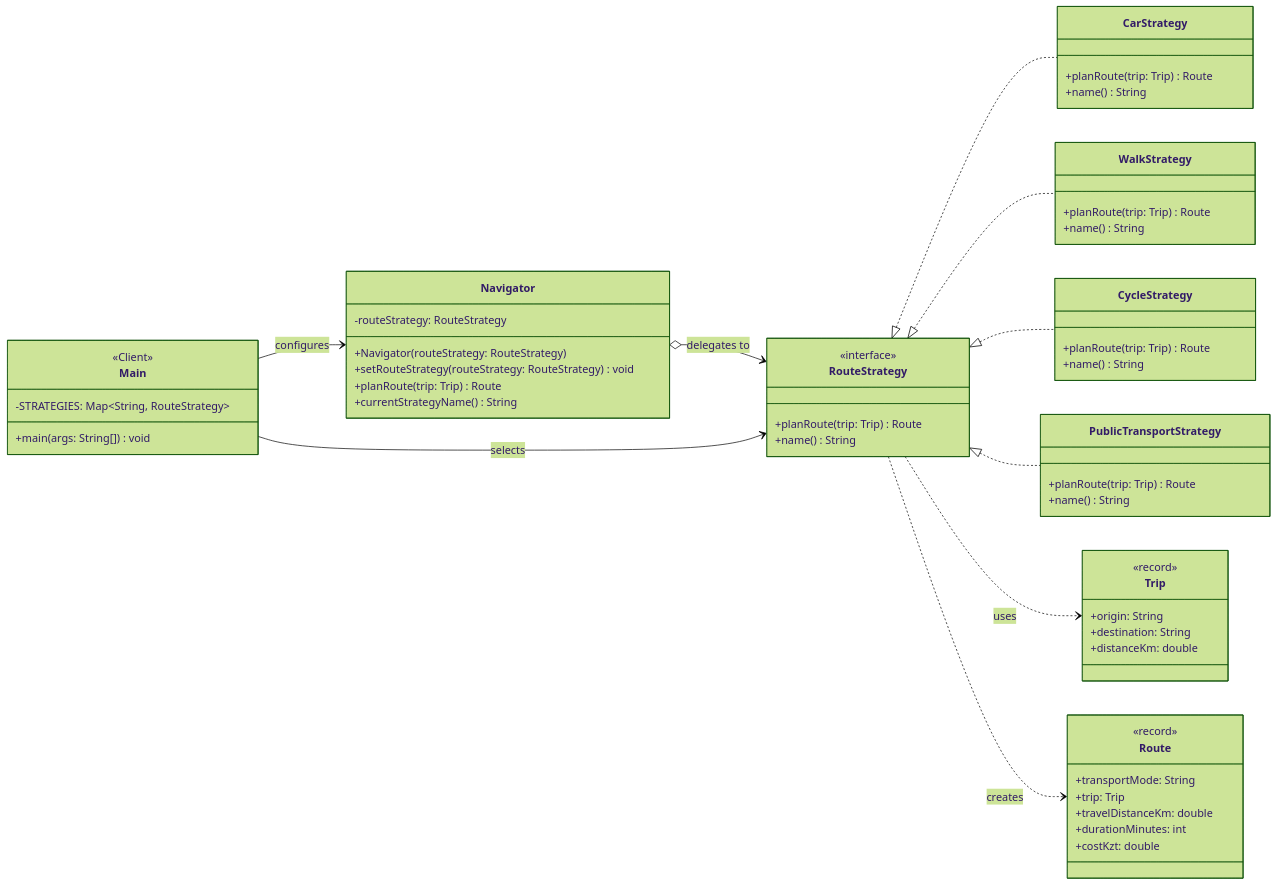
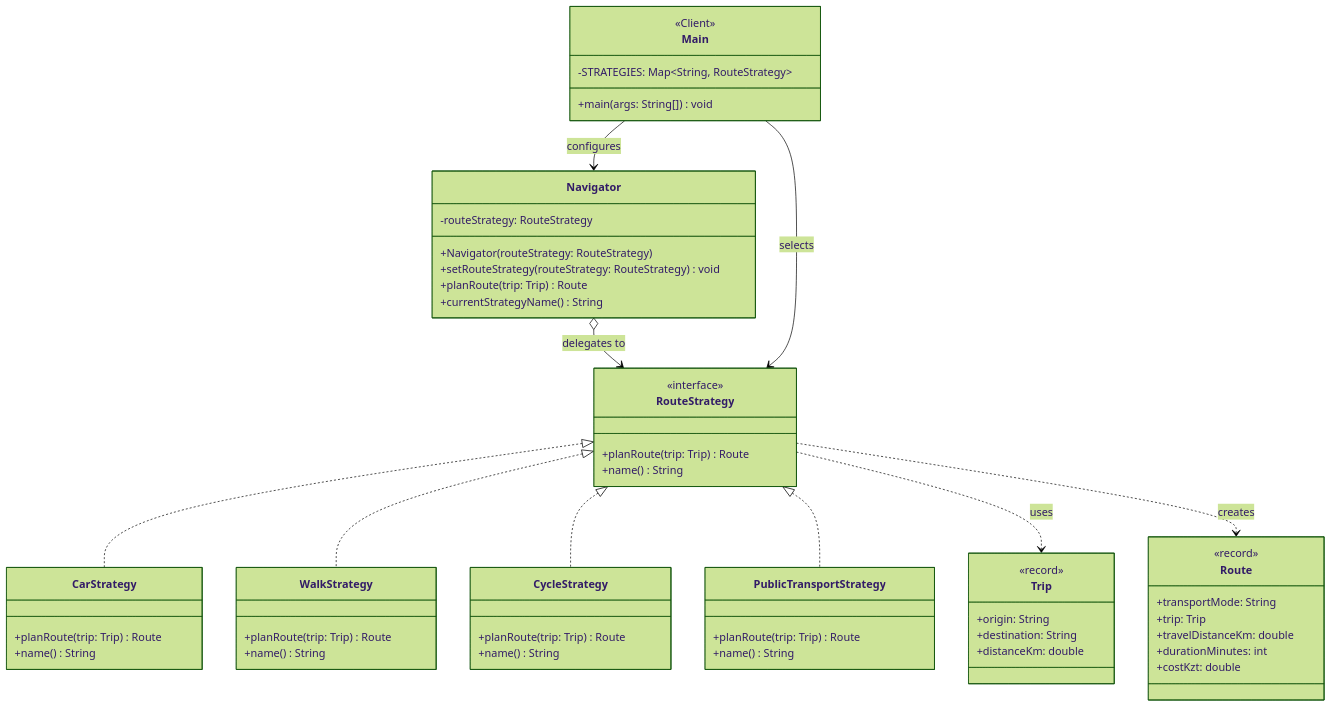
One commit to mrmbk-wq/Strategy-Pattern changed the diagram in REPORT.md. Above: the diagram before and after it, drawn with Mermaid (forest theme). The commit also changed other lines of this file and 1 other file, not shown here.

````diff
--- a/REPORT.md
+++ b/REPORT.md
@@ -32,66 +32,66 @@
 ```mermaid
 classDiagram
-    direction LR
+    direction TB
 
     class RouteStrategy {
         <<interface>>
         +planRoute(trip: Trip) Route
         +name() String
     }
 
     class CarStrategy {
         +planRoute(trip: Trip) Route
         +name() String
     }
     class WalkStrategy {
         +planRoute(trip: Trip) Route
         +name() String
     }
     class CycleStrategy {
         +planRoute(trip: Trip) Route
         +name() String
     }
     class PublicTransportStrategy {
         +planRoute(trip: Trip) Route
         +name() String
     }
 
     class Navigator {
         -routeStrategy: RouteStrategy
         +Navigator(routeStrategy: RouteStrategy)
         +setRouteStrategy(routeStrategy: RouteStrategy) void
         +planRoute(trip: Trip) Route
         +currentStrategyName() String
     }
 
     class Main {
         <<Client>>
         -STRATEGIES: Map~String, RouteStrategy~
         +main(args: String[]) void
     }
 
     class Trip {
         <<record>>
         +origin: String
         +destination: String
         +distanceKm: double
     }
     class Route {
         <<record>>
         +transportMode: String
         +trip: Trip
         +travelDistanceKm: double
         +durationMinutes: int
         +costKzt: double
     }
 
     RouteStrategy <|.. CarStrategy
     RouteStrategy <|.. WalkStrategy
     RouteStrategy <|.. CycleStrategy
     RouteStrategy <|.. PublicTransportStrategy
     Navigator o--> RouteStrategy : delegates to
     Main --> Navigator : configures
     Main --> RouteStrategy : selects
     RouteStrategy ..> Trip : uses
     RouteStrategy ..> Route : creates
 ```
````
